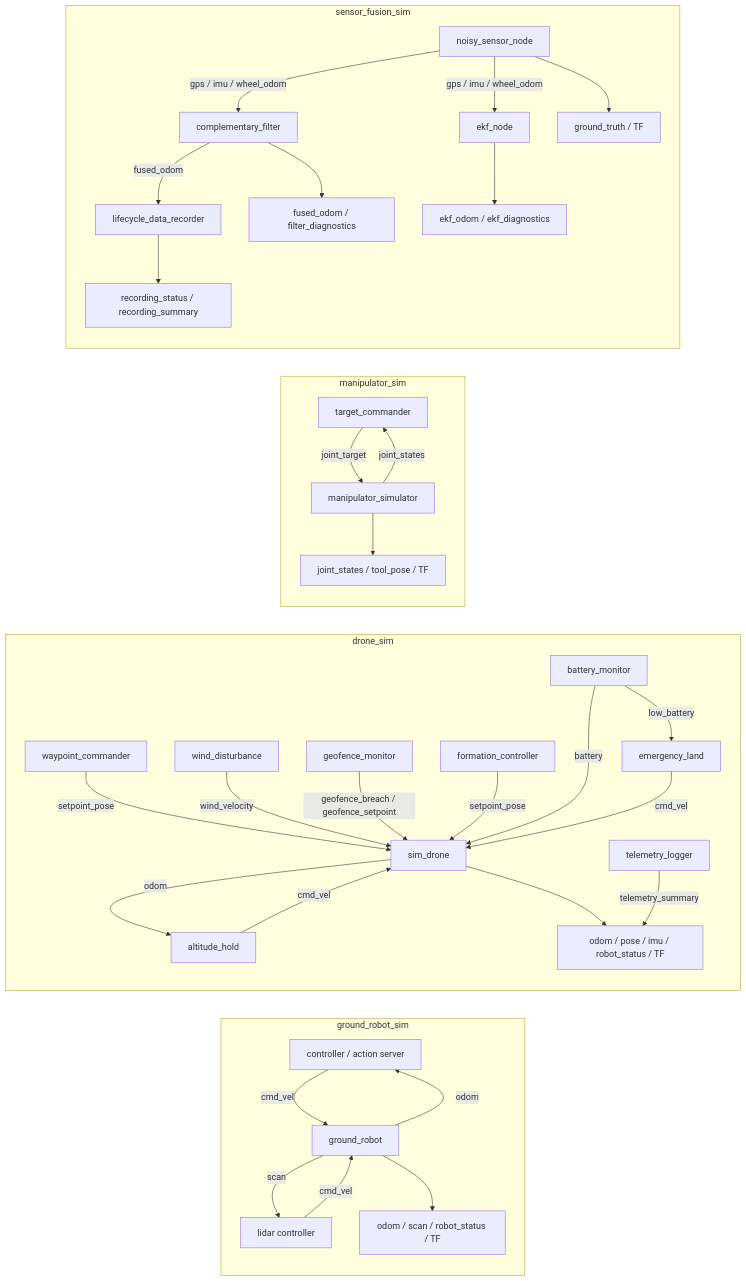
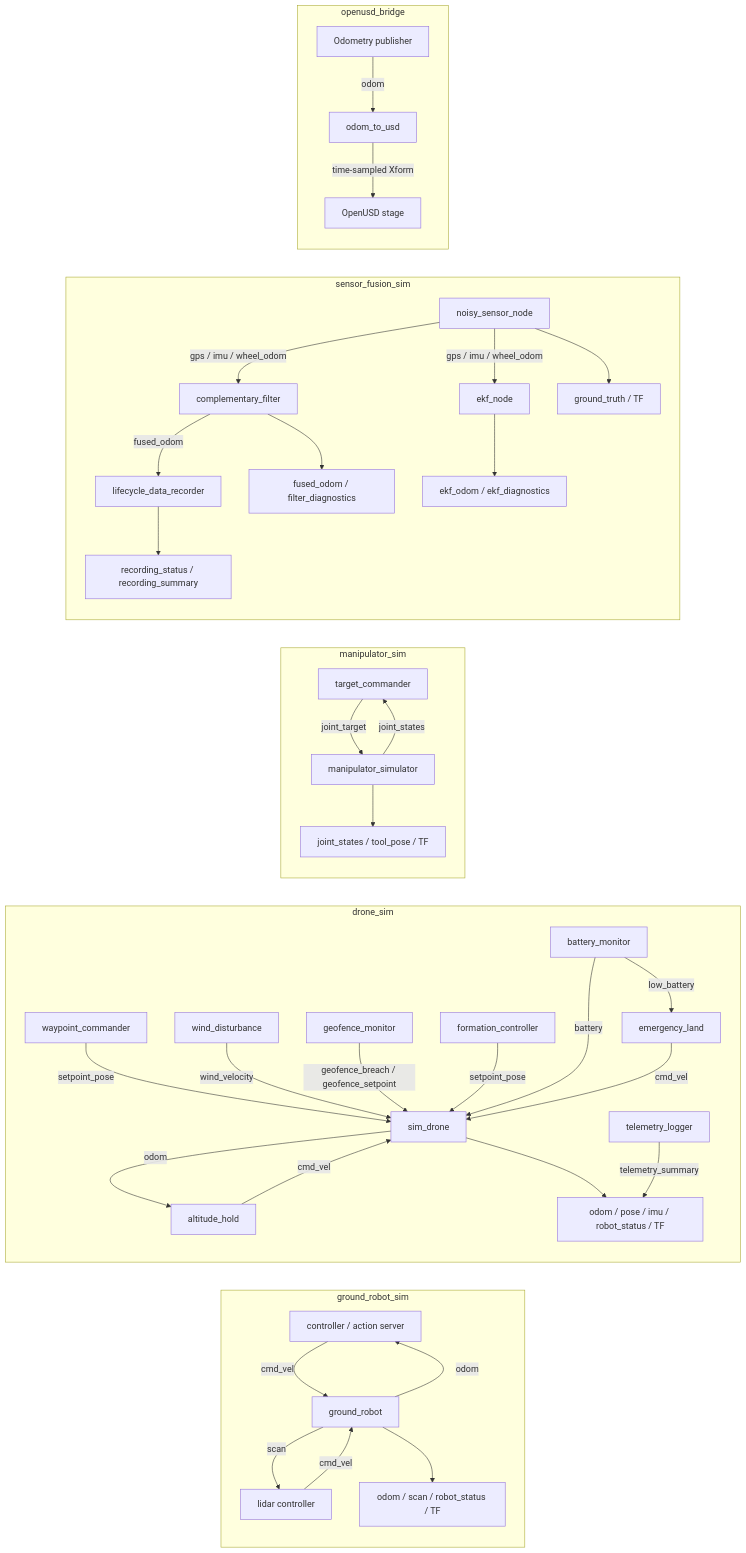
Before and after one commit to sj55576/Ros2Sample: the diagram in docs/implementation_spec.md, drawn with Mermaid. The commit also changed other lines of this file and 17 other files, not shown here.

Commit message:
OpenUSD odometry recording sampleを追加

````diff
--- a/docs/implementation_spec.md
+++ b/docs/implementation_spec.md
@@ -18,40 +18,45 @@
 ```mermaid
 flowchart LR
   subgraph Ground["ground_robot_sim"]
     GC["controller / action server"] -->|cmd_vel| GS["ground_robot"]
     GS -->|odom| GC
     GS -->|scan| LC["lidar controller"]
     LC -->|cmd_vel| GS
     GS --> GOUT["odom / scan / robot_status / TF"]
   end
 
   subgraph Drone["drone_sim"]
     WC["waypoint_commander"] -->|setpoint_pose| DS["sim_drone"]
     AH["altitude_hold"] -->|cmd_vel| DS
     DS -->|odom| AH
     DS --> DOUT["odom / pose / imu / robot_status / TF"]
     WD["wind_disturbance"] -->|wind_velocity| DS
     GM["geofence_monitor"] -->|geofence_breach / geofence_setpoint| DS
     TL["telemetry_logger"] -->|telemetry_summary| DOUT
     FC["formation_controller"] -->|setpoint_pose| DS
     BM["battery_monitor"] -->|battery| DS
     BM -->|low_battery| EL["emergency_land"]
     EL -->|cmd_vel| DS
   end
 
   subgraph Arm["manipulator_sim"]
     TC["target_commander"] -->|joint_target| MS["manipulator_simulator"]
     MS -->|joint_states| TC
     MS --> MOUT["joint_states / tool_pose / TF"]
   end
 
   subgraph Fusion["sensor_fusion_sim"]
     NS["noisy_sensor_node"] -->|gps / imu / wheel_odom| CF["complementary_filter"]
     NS -->|gps / imu / wheel_odom| EK["ekf_node"]
     CF -->|fused_odom| LR["lifecycle_data_recorder"]
     NS --> FOUT["ground_truth / TF"]
     CF --> FOUT2["fused_odom / filter_diagnostics"]
     EK --> FOUT3["ekf_odom / ekf_diagnostics"]
     LR --> LOUT["recording_status / recording_summary"]
   end
+
+  subgraph USD["openusd_bridge"]
+    ODOM["Odometry publisher"] -->|odom| REC["odom_to_usd"]
+    REC -->|time-sampled Xform| STAGE["OpenUSD stage"]
+  end
 ```
````
